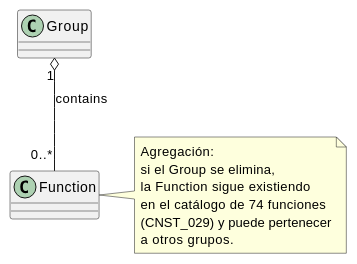
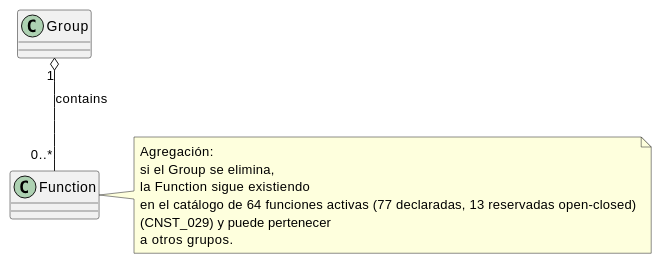
One commit to jcg-admin/IACT-docs changed the diagram in source/requisitos/_metodologia-aplicacion/relaciones-uml/agregacion-grupo-agrega-funciones.rst. Above: the diagram before and after it, drawn with PlantUML. The commit also changed 32 other files, not shown here.

```diff
--- a/source/requisitos/_metodologia-aplicacion/relaciones-uml/agregacion-grupo-agrega-funciones.rst
+++ b/source/requisitos/_metodologia-aplicacion/relaciones-uml/agregacion-grupo-agrega-funciones.rst
@@ -4,16 +4,16 @@
 .. uml::
 
    @startuml
 
    class Group
    class Function
    Group "1" o-- "0..*" Function : contains
    note right of Function
      Agregación:
      si el Group se elimina,
      la Function sigue existiendo
-     en el catálogo de 74 funciones
+     en el catálogo de 64 funciones activas (77 declaradas, 13 reservadas open-closed)
      (CNST_029) y puede pertenecer
      a otros grupos.
    end note
    @enduml
```
